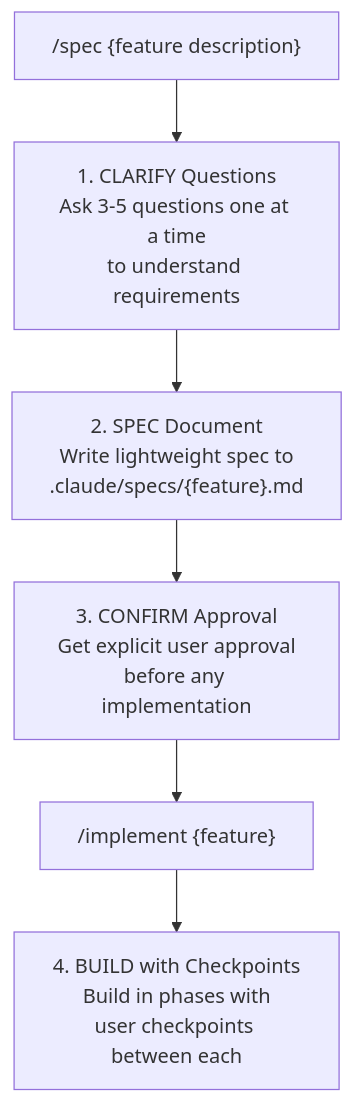
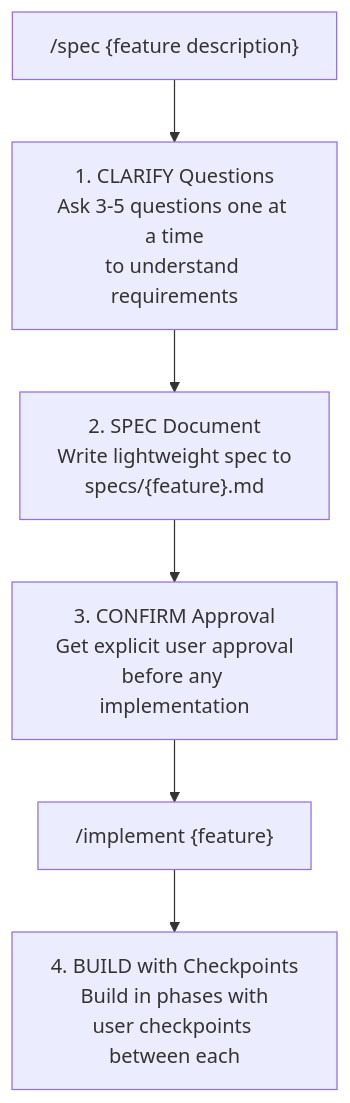
One commit to heiko-braun/draft changed the diagram in README.md. Above: the diagram before and after it, drawn with Mermaid. The commit also changed other lines of this file and 15 other files, not shown here.

First line of the commit message:
Migrate specs from .claude/specs/ to top-level /specs/ directory

````diff
--- a/README.md
+++ b/README.md
@@ -18,8 +18,8 @@
 ```mermaid
 flowchart TD
     A["/spec {feature description}"] --> B["1. CLARIFY Questions<br/>Ask 3-5 questions one at a time<br/>to understand requirements"]
-    B --> C["2. SPEC Document<br/>Write lightweight spec to<br/>.claude/specs/{feature}.md"]
+    B --> C["2. SPEC Document<br/>Write lightweight spec to<br/>specs/{feature}.md"]
     C --> D["3. CONFIRM Approval<br/>Get explicit user approval<br/>before any implementation"]
     D --> E["/implement {feature}"]
     E --> F["4. BUILD with Checkpoints<br/>Build in phases with<br/>user checkpoints between each"]
 ```
````
